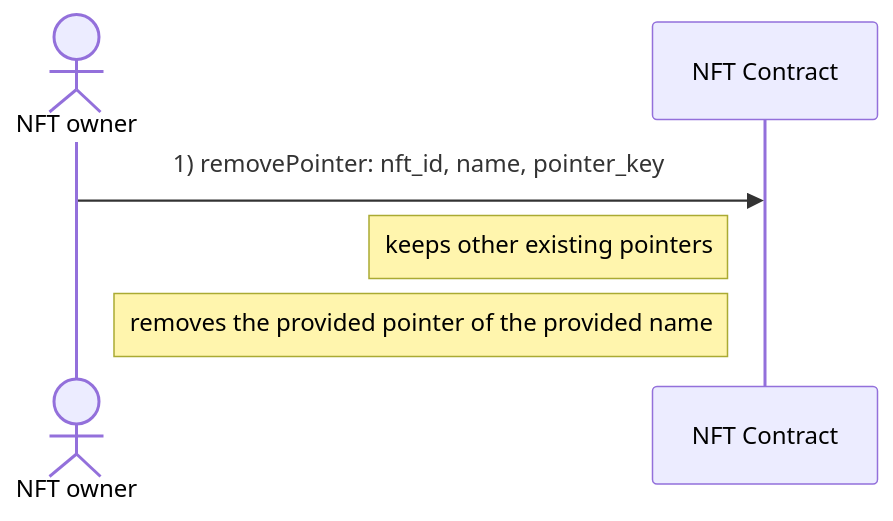
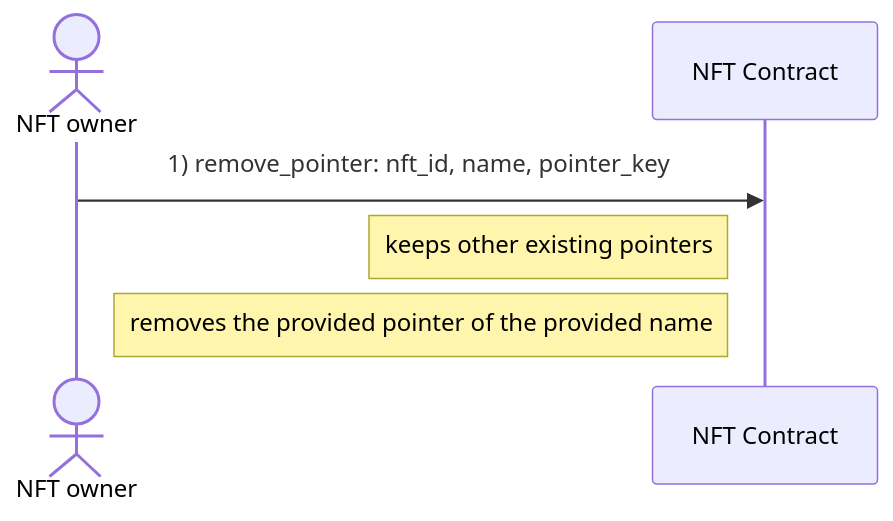
One commit to marc0olo/aens-nfts changed the third of 5 diagrams in docs/diagrams/update_pointers.md. Above: the diagram before and after it, drawn with Mermaid. The commit also changed other lines of this file and 17 other files, not shown here.

````diff
--- a/docs/diagrams/update_pointers.md
+++ b/docs/diagrams/update_pointers.md
@@ -22,7 +22,7 @@
 ```mermaid
 sequenceDiagram
     actor NFT owner
-    NFT owner ->> NFT Contract: 1) removePointer: nft_id, name, pointer_key
+    NFT owner ->> NFT Contract: 1) remove_pointer: nft_id, name, pointer_key
     Note left of NFT Contract: keeps other existing pointers
     Note left of NFT Contract: removes the provided pointer of the provided name
 ```
````
